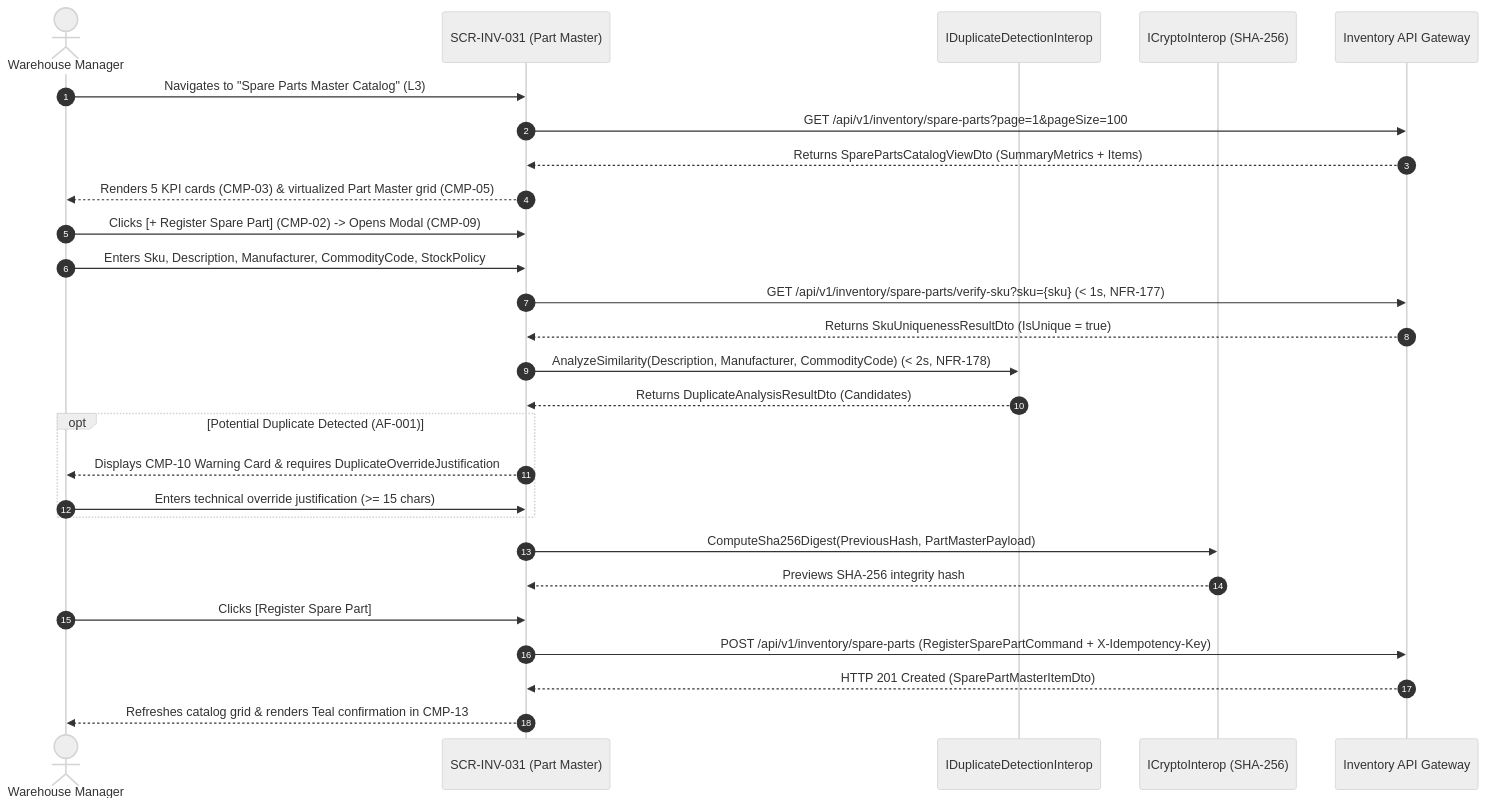
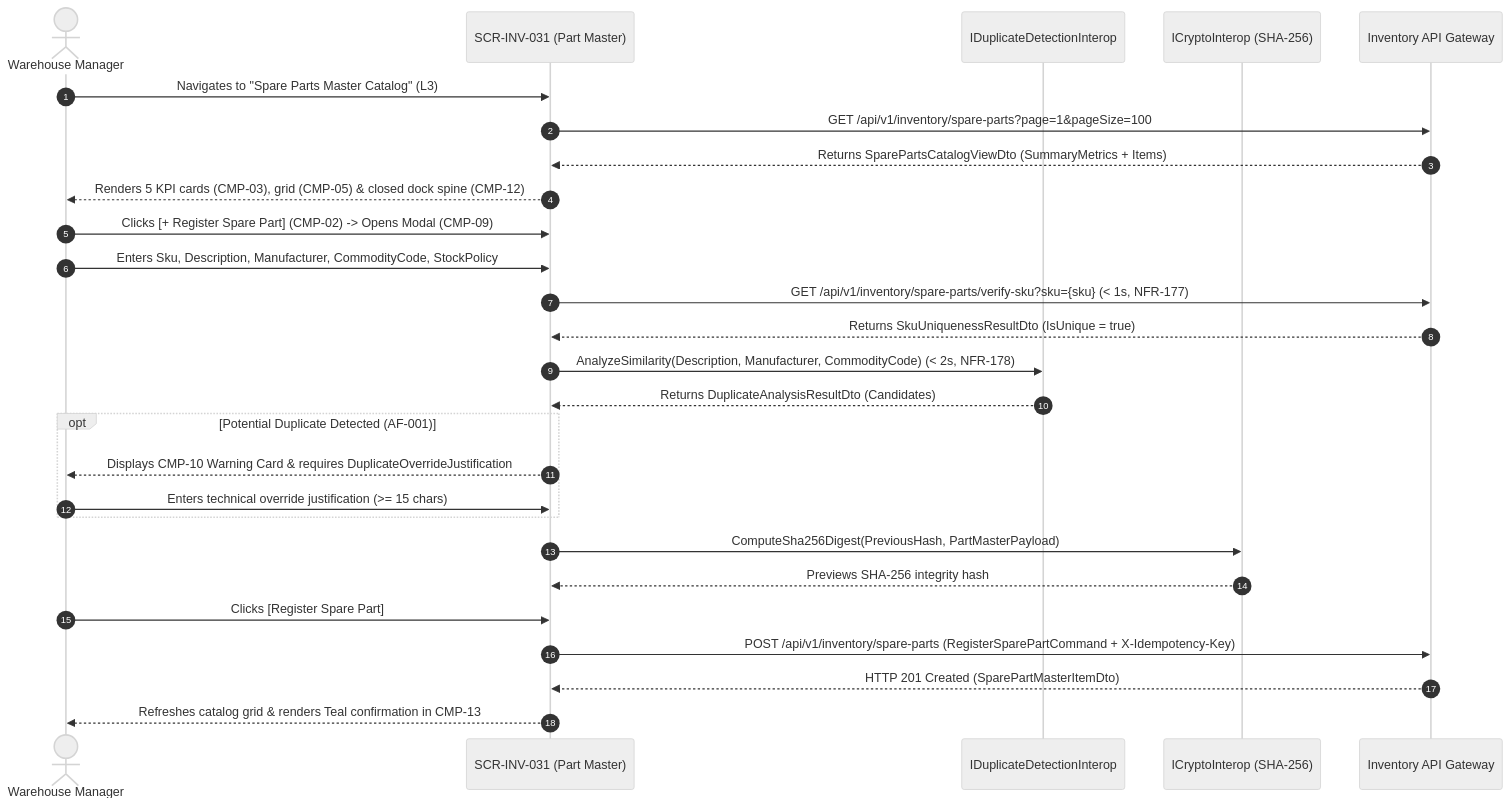
One commit to Novav20/adso-dteam-docs changed the diagram in ui-ux/screens/inv/SCR-INV-031.md. Above: the diagram before and after it, drawn with Mermaid (neutral theme). The commit also changed other lines of this file and 5 other files, not shown here.

````diff
--- a/ui-ux/screens/inv/SCR-INV-031.md
+++ b/ui-ux/screens/inv/SCR-INV-031.md
@@ -215,30 +228,30 @@
 ```mermaid
 sequenceDiagram
     autonumber
     actor WM as Warehouse Manager
     participant UI as SCR-INV-031 (Part Master)
     participant Dup as IDuplicateDetectionInterop
     participant Crypto as ICryptoInterop (SHA-256)
     participant API as Inventory API Gateway
 
     WM->>UI: Navigates to "Spare Parts Master Catalog" (L3)
     UI->>API: GET /api/v1/inventory/spare-parts?page=1&pageSize=100
     API-->>UI: Returns SparePartsCatalogViewDto (SummaryMetrics + Items)
-    UI-->>WM: Renders 5 KPI cards (CMP-03) & virtualized Part Master grid (CMP-05)
+    UI-->>WM: Renders 5 KPI cards (CMP-03), grid (CMP-05) & closed dock spine (CMP-12)
     WM->>UI: Clicks [+ Register Spare Part] (CMP-02) -> Opens Modal (CMP-09)
     WM->>UI: Enters Sku, Description, Manufacturer, CommodityCode, StockPolicy
     UI->>API: GET /api/v1/inventory/spare-parts/verify-sku?sku={sku} (< 1s, NFR-177)
     API-->>UI: Returns SkuUniquenessResultDto (IsUnique = true)
     UI->>Dup: AnalyzeSimilarity(Description, Manufacturer, CommodityCode) (< 2s, NFR-178)
     Dup-->>UI: Returns DuplicateAnalysisResultDto (Candidates)
     opt Potential Duplicate Detected (AF-001)
         UI-->>WM: Displays CMP-10 Warning Card & requires DuplicateOverrideJustification
         WM->>UI: Enters technical override justification (>= 15 chars)
     end
     UI->>Crypto: ComputeSha256Digest(PreviousHash, PartMasterPayload)
     Crypto-->>UI: Previews SHA-256 integrity hash
     WM->>UI: Clicks [Register Spare Part]
     UI->>API: POST /api/v1/inventory/spare-parts (RegisterSparePartCommand + X-Idempotency-Key)
     API-->>UI: HTTP 201 Created (SparePartMasterItemDto)
     UI-->>WM: Refreshes catalog grid & renders Teal confirmation in CMP-13
 ```
````
